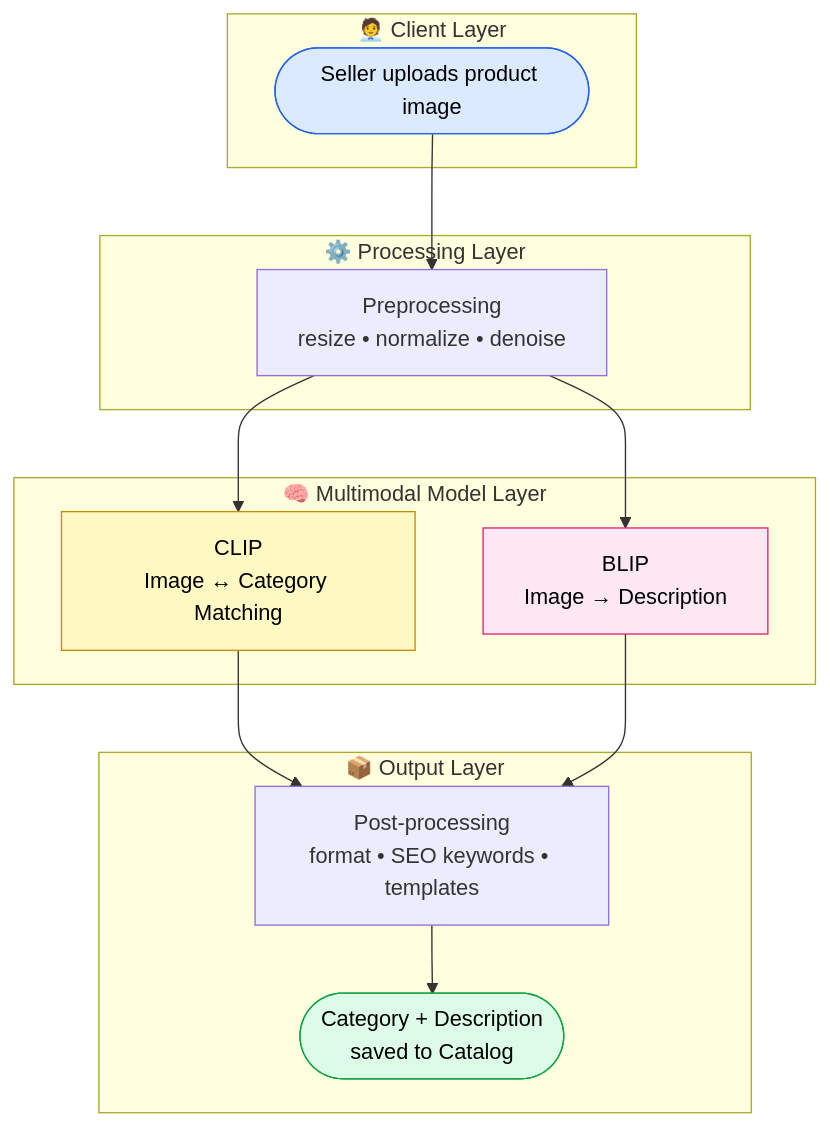
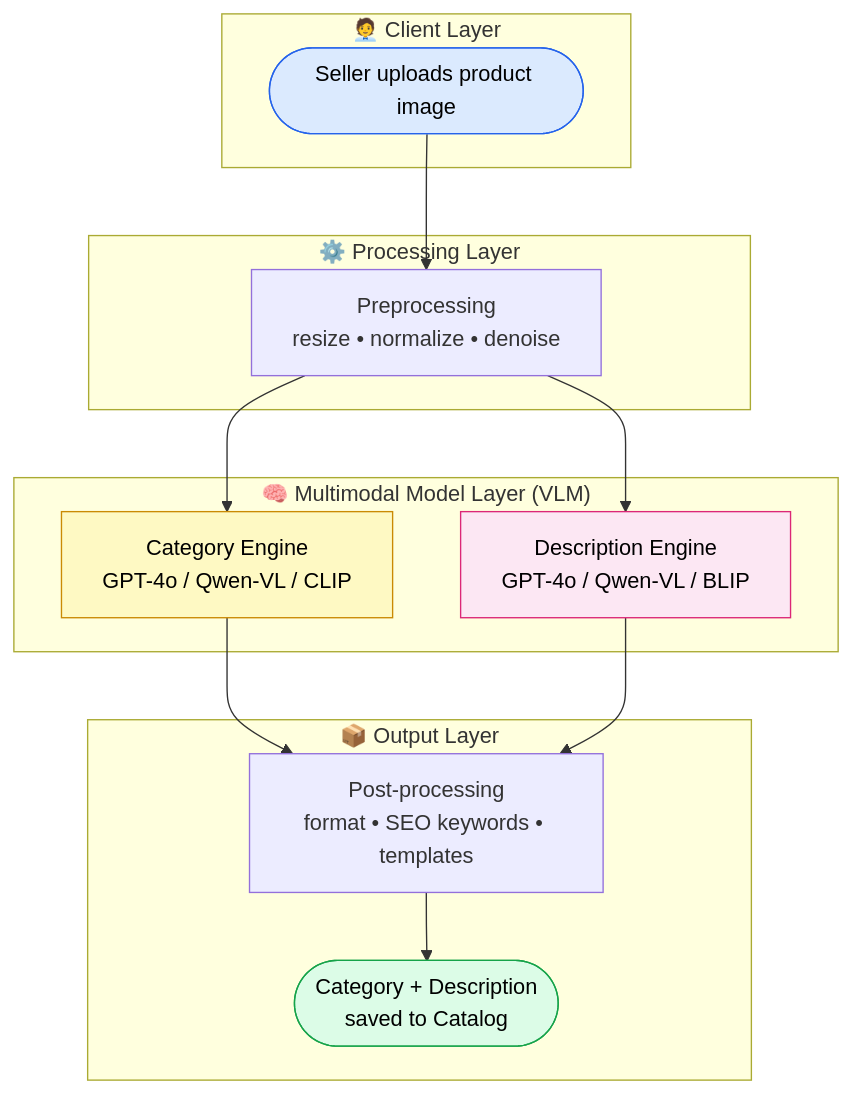
The first of 3 diagrams in algi-university-hw1.md (parth9108-cpu/Algo-University), drawn with Mermaid before and after one commit. The commit also changed other lines of this file, not shown here.

````diff
--- a/algi-university-hw1.md
+++ b/algi-university-hw1.md
@@ -61,27 +71,27 @@
 ```mermaid
 flowchart TB
     subgraph CLIENT["🧑‍💼 Client Layer"]
         A([Seller uploads product image])
     end
     subgraph PROC["⚙️ Processing Layer"]
         B[Preprocessing<br/>resize • normalize • denoise]
     end
-    subgraph MODELS["🧠 Multimodal Model Layer"]
-        D[CLIP<br/>Image ↔ Category Matching]
-        E[BLIP<br/>Image → Description]
+    subgraph MODELS["🧠 Multimodal Model Layer (VLM)"]
+        D[Category Engine<br/>GPT-4o / Qwen-VL / CLIP]
+        E[Description Engine<br/>GPT-4o / Qwen-VL / BLIP]
     end
     subgraph OUT["📦 Output Layer"]
         H[Post-processing<br/>format • SEO keywords • templates]
         I([Category + Description<br/>saved to Catalog])
     end
 
     A --> B --> D & E
     D --> H
     E --> H
     H --> I
 
     style A fill:#dbeafe,stroke:#2563eb,color:#000
     style I fill:#dcfce7,stroke:#16a34a,color:#000
     style D fill:#fef9c3,stroke:#ca8a04,color:#000
     style E fill:#fce7f3,stroke:#db2777,color:#000
 ```
````
